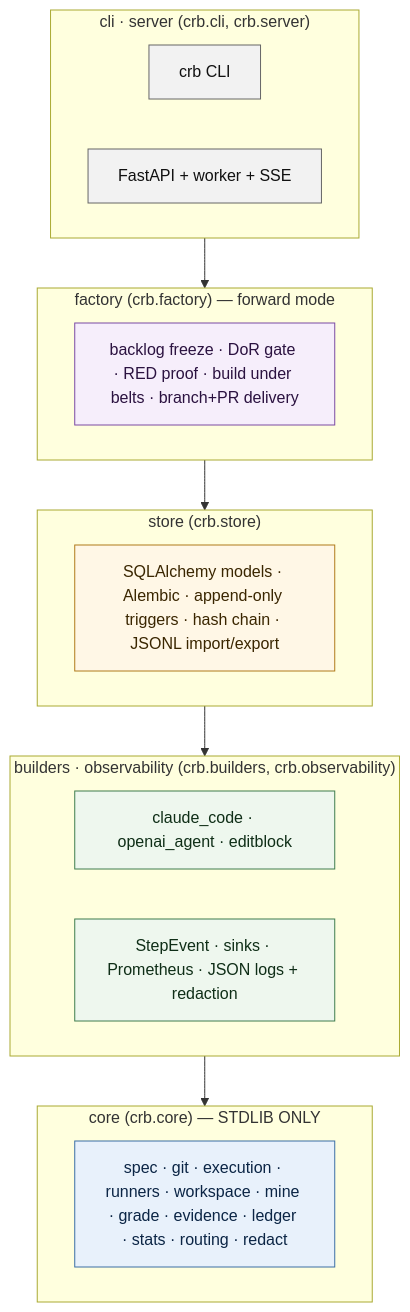
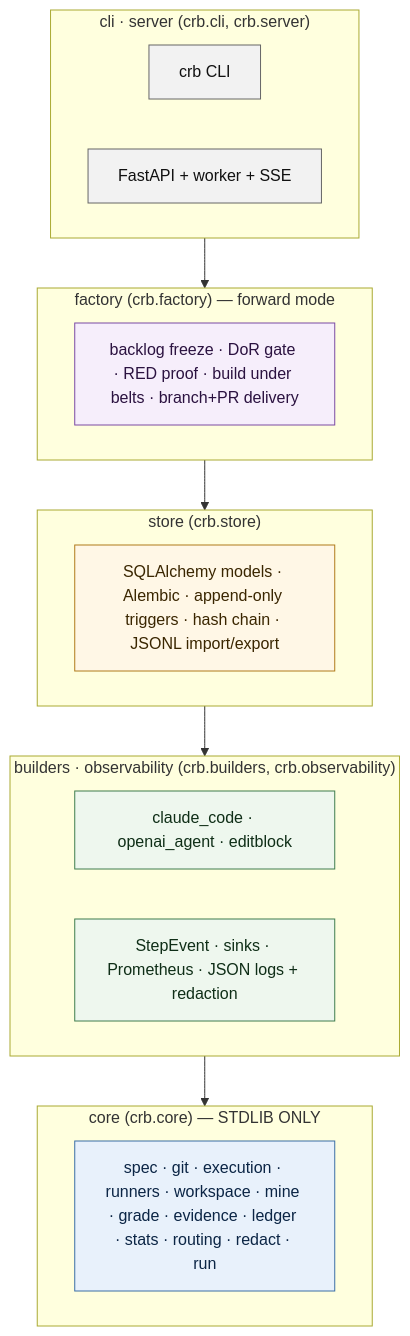
Before and after one commit to Jita81/commit-replay-bench: the first of 2 diagrams in README.md, drawn with Mermaid. The commit also changed other lines of this file and 2 other files, not shown here.

````diff
--- a/README.md
+++ b/README.md
@@ -140,26 +140,26 @@
 ```mermaid
 flowchart TB
     subgraph L5["cli · server  (crb.cli, crb.server)"]
         CLI[crb CLI]:::l5
         API[FastAPI + worker + SSE]:::l5
     end
     subgraph L4["factory  (crb.factory) — forward mode"]
         FAC[backlog freeze · DoR gate · RED proof · build under belts · branch+PR delivery]:::l4
     end
     subgraph L3["store  (crb.store)"]
         ST[SQLAlchemy models · Alembic · append-only triggers · hash chain · JSONL import/export]:::l3
     end
     subgraph L2["builders · observability  (crb.builders, crb.observability)"]
         B[claude_code · openai_agent · editblock]:::l2
         O[StepEvent · sinks · Prometheus · JSON logs + redaction]:::l2
     end
     subgraph L1["core  (crb.core) — STDLIB ONLY"]
-        C[spec · git · execution · runners · workspace · mine · grade · evidence · ledger · stats · routing · redact]:::l1
+        C[spec · git · execution · runners · workspace · mine · grade · evidence · ledger · stats · routing · redact · run]:::l1
     end
     L5 --> L4 --> L3 --> L2 --> L1
     classDef l1 fill:#e8f1fb,stroke:#3b6ea5,color:#0b2545
     classDef l2 fill:#eef7ee,stroke:#3f7d4e,color:#0f2e17
     classDef l3 fill:#fff7e6,stroke:#b07a1a,color:#3a2600
     classDef l4 fill:#f6eefb,stroke:#7a4aa3,color:#2b1240
     classDef l5 fill:#f2f2f2,stroke:#666,color:#111
 ```
````
